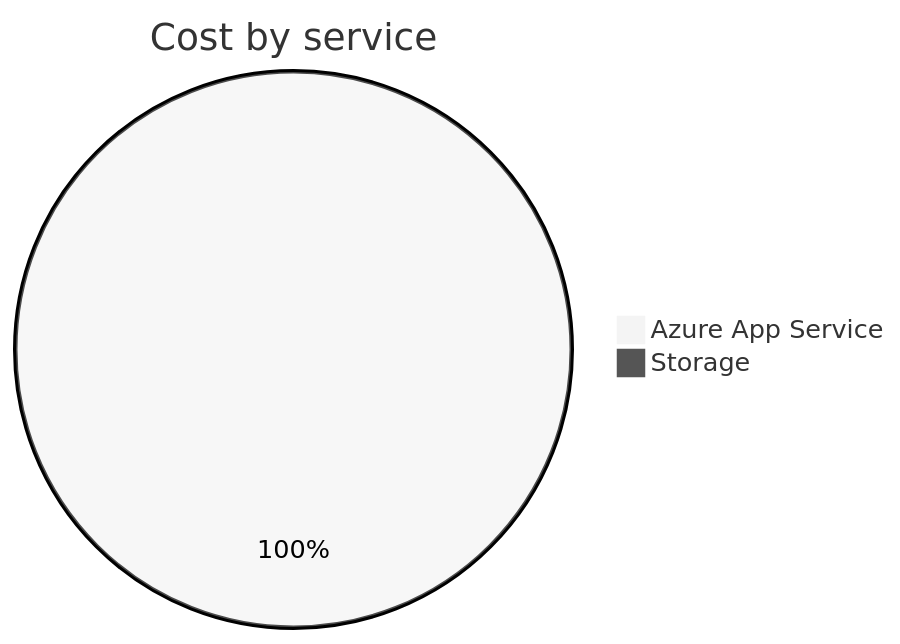
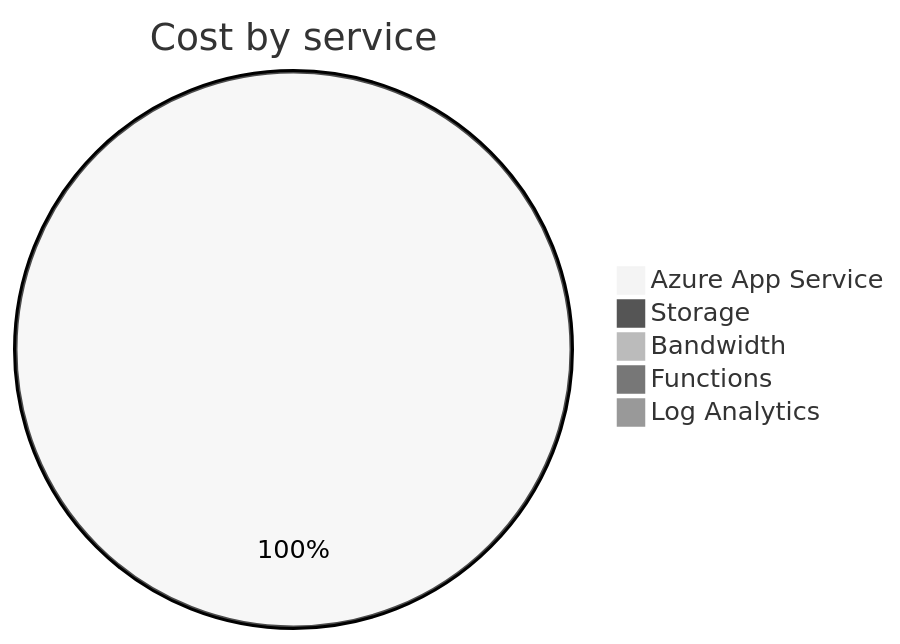
One commit to jpfulton/azure-personal-reports changed the second of 4 diagrams in cost-reports/personal-site/README.md. Above: the diagram before and after it, drawn with Mermaid (neutral theme). The commit also changed other lines of this file and 6 other files, not shown here.

````diff
--- a/cost-reports/personal-site/README.md
+++ b/cost-reports/personal-site/README.md
@@ -96,6 +99,9 @@
 ```mermaid
 pie
    title Cost by service
-   "Azure App Service" : 0.52
+   "Azure App Service" : 1.06
    "Storage" : 0.00
+   "Bandwidth" : 0.00
+   "Functions" : 0.00
+   "Log Analytics" : 0.00
 ```
````
